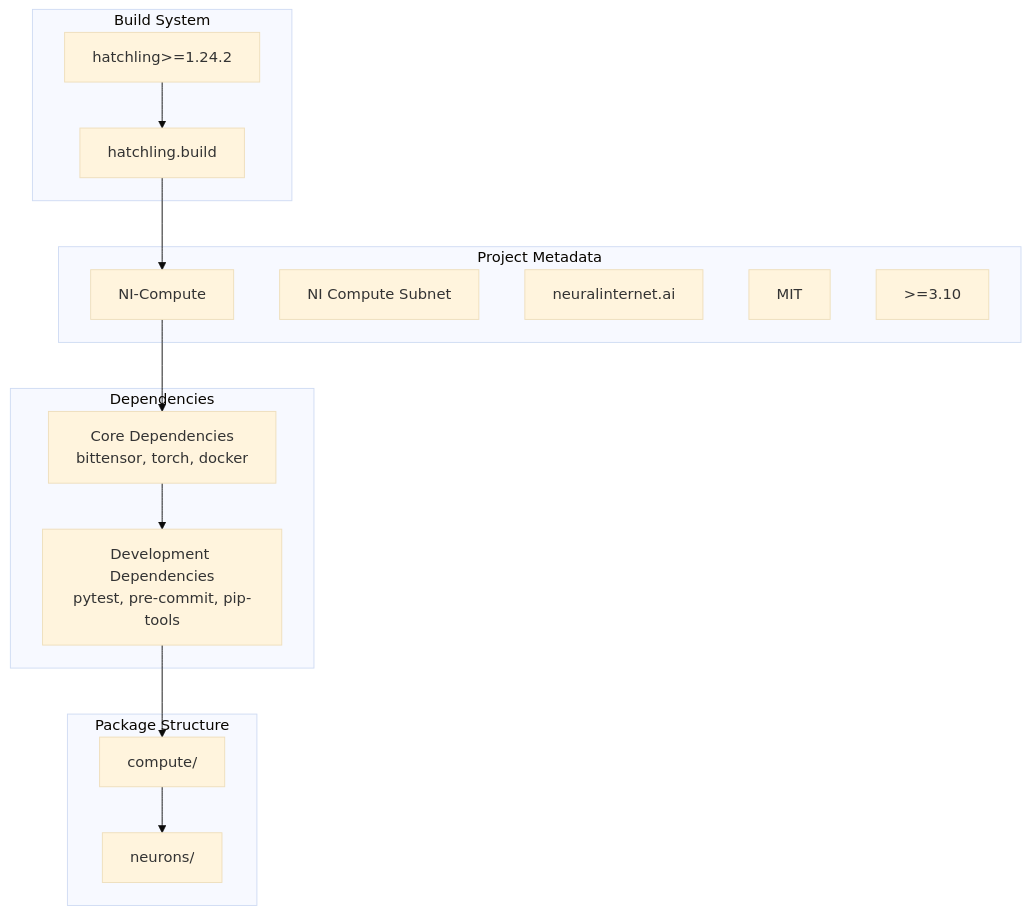
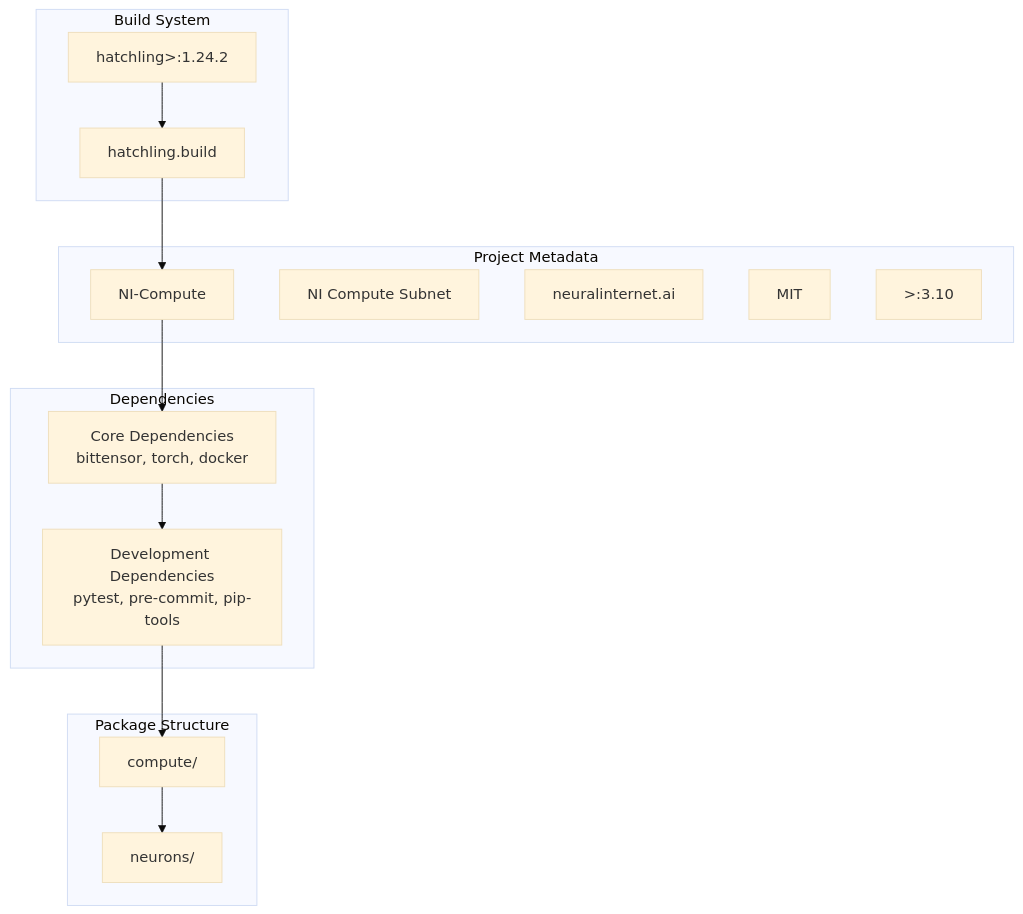
The third of 4 diagrams in src/content/docs/development.mdx (neuralinternet/docs), drawn with Mermaid (base theme) before and after one commit. The commit also changed 184 other files, not shown here.

````diff
--- a/src/content/docs/development.mdx
+++ b/src/content/docs/development.mdx
@@ -171,32 +171,32 @@
 ```mermaid
 graph TB
     subgraph "Build System"
-        HATCH["hatchling>=1.24.2"]
+        HATCH["hatchling>:1.24.2"]
         BUILD["hatchling.build"]
     end
     
     subgraph "Project Metadata"
         NAME["NI-Compute"]
         DESC["NI Compute Subnet"]
         AUTHOR["neuralinternet.ai"]
         LICENSE["MIT"]
-        PYTHON[">=3.10"]
+        PYTHON[">:3.10"]
     end
     
     subgraph "Dependencies"
         CORE["Core Dependencies<br/>bittensor, torch, docker"]
         DEV["Development Dependencies<br/>pytest, pre-commit, pip-tools"]
     end
     
     subgraph "Package Structure"
         COMPUTE["compute/"]
         NEURONS["neurons/"]
     end
     
     HATCH --> BUILD
     BUILD --> NAME
     NAME --> CORE
     CORE --> DEV
     DEV --> COMPUTE
     COMPUTE --> NEURONS
 ```
````
